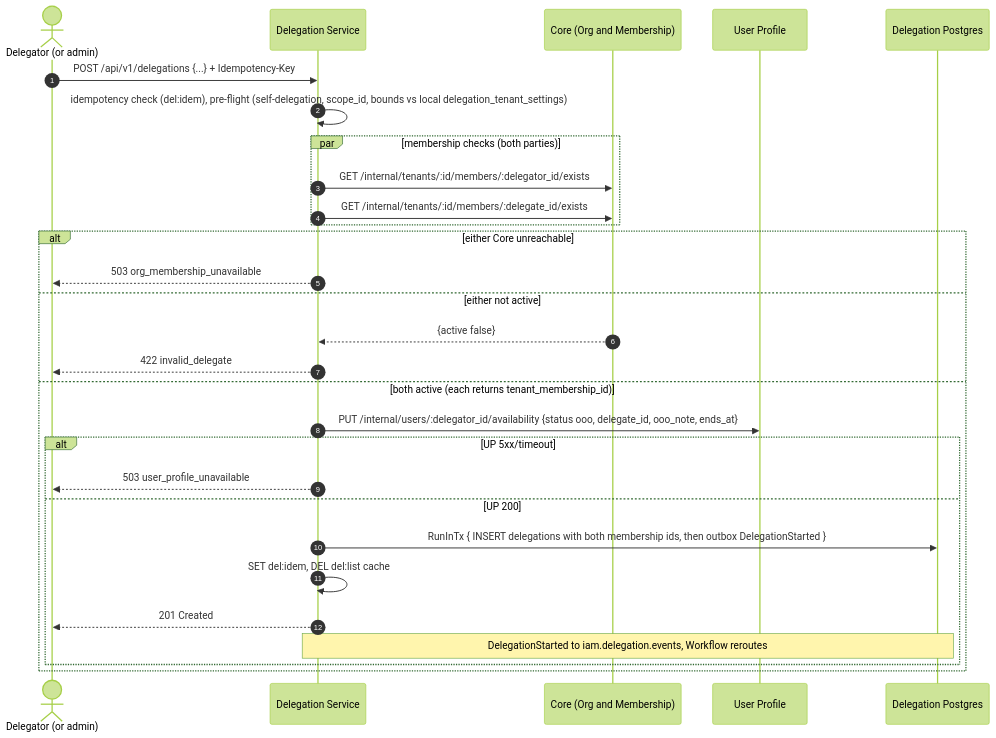
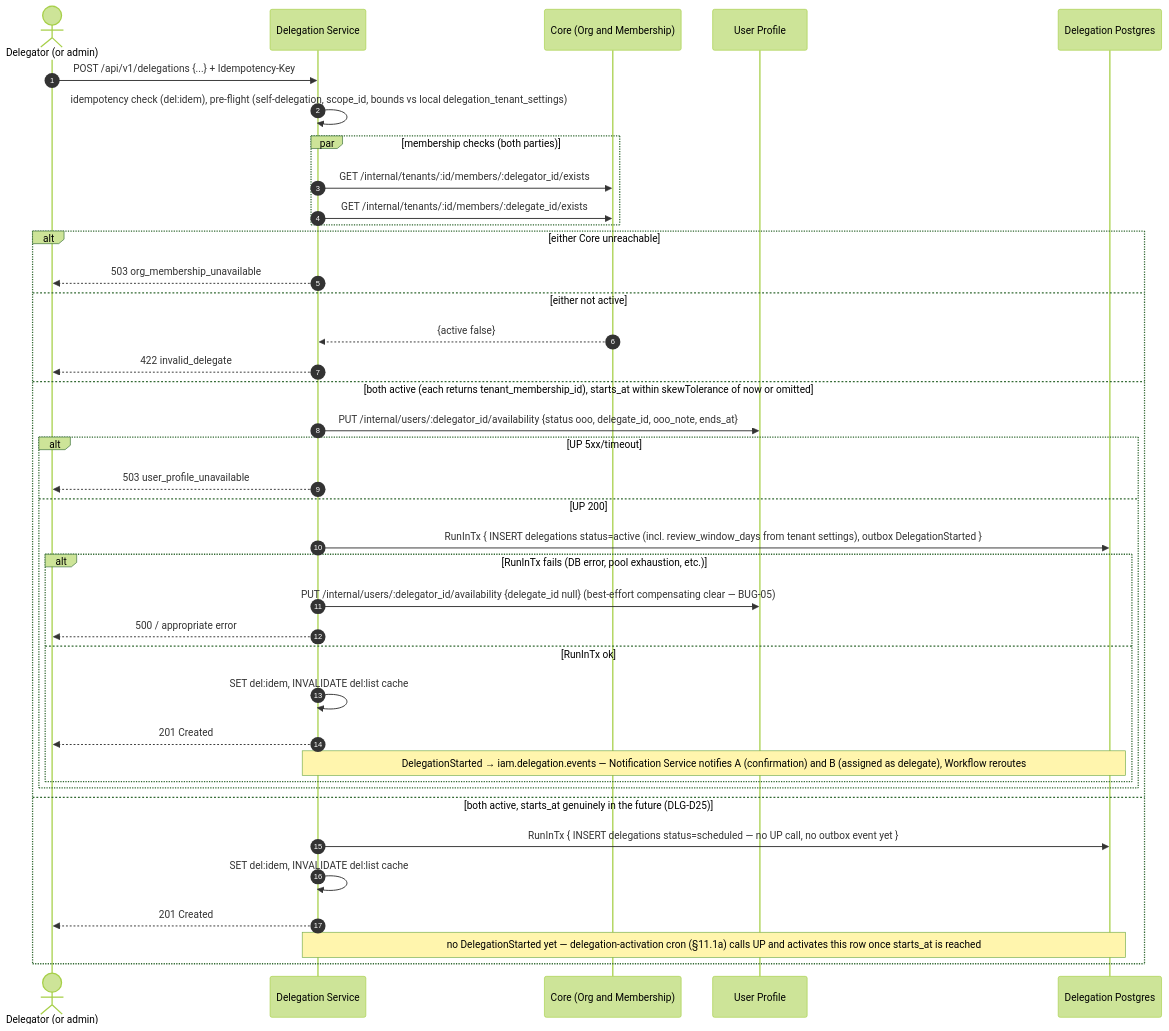
One commit to BCBP-SOLUTIONS-FZC-LLC/iam-delegation changed the diagram in docs/architecture/mermaid/create-flow.mmd. Above: the diagram before and after it, drawn with Mermaid (forest theme). The commit also changed 139 other files, not shown here.

```diff
--- a/docs/architecture/mermaid/create-flow.mmd
+++ b/docs/architecture/mermaid/create-flow.mmd
@@ -1,30 +1,40 @@
 sequenceDiagram
     autonumber
     actor DR as Delegator (or admin)
     participant DLG as Delegation Service
     participant Core as Core (Org and Membership)
     participant UP as User Profile
     participant PG as Delegation Postgres
 
     DR->>DLG: POST /api/v1/delegations {...} + Idempotency-Key
     DLG->>DLG: idempotency check (del:idem), pre-flight (self-delegation, scope_id, bounds vs local delegation_tenant_settings)
     par membership checks (both parties)
         DLG->>Core: GET /internal/tenants/:id/members/:delegator_id/exists
         DLG->>Core: GET /internal/tenants/:id/members/:delegate_id/exists
     end
     alt either Core unreachable
         DLG-->>DR: 503 org_membership_unavailable
     else either not active
         Core-->>DLG: {active false}
         DLG-->>DR: 422 invalid_delegate
-    else both active (each returns tenant_membership_id)
+    else both active (each returns tenant_membership_id), starts_at within skewTolerance of now or omitted
         DLG->>UP: PUT /internal/users/:delegator_id/availability {status ooo, delegate_id, ooo_note, ends_at}
         alt UP 5xx/timeout
             DLG-->>DR: 503 user_profile_unavailable
         else UP 200
-            DLG->>PG: RunInTx { INSERT delegations with both membership ids, then outbox DelegationStarted }
-            DLG->>DLG: SET del:idem, DEL del:list cache
-            DLG-->>DR: 201 Created
-            Note over DLG,PG: DelegationStarted to iam.delegation.events, Workflow reroutes
+            DLG->>PG: RunInTx { INSERT delegations status=active (incl. review_window_days from tenant settings), outbox DelegationStarted }
+            alt RunInTx fails (DB error, pool exhaustion, etc.)
+                DLG->>UP: PUT /internal/users/:delegator_id/availability {delegate_id null} (best-effort compensating clear — BUG-05)
+                DLG-->>DR: 500 / appropriate error
+            else RunInTx ok
+                DLG->>DLG: SET del:idem, INVALIDATE del:list cache
+                DLG-->>DR: 201 Created
+                Note over DLG,PG: DelegationStarted → iam.delegation.events — Notification Service notifies A (confirmation) and B (assigned as delegate), Workflow reroutes
+            end
         end
+    else both active, starts_at genuinely in the future (DLG-D25)
+        DLG->>PG: RunInTx { INSERT delegations status=scheduled — no UP call, no outbox event yet }
+        DLG->>DLG: SET del:idem, INVALIDATE del:list cache
+        DLG-->>DR: 201 Created
+        Note over DLG,PG: no DelegationStarted yet — delegation-activation cron (§11.1a) calls UP and activates this row once starts_at is reached
     end
```
